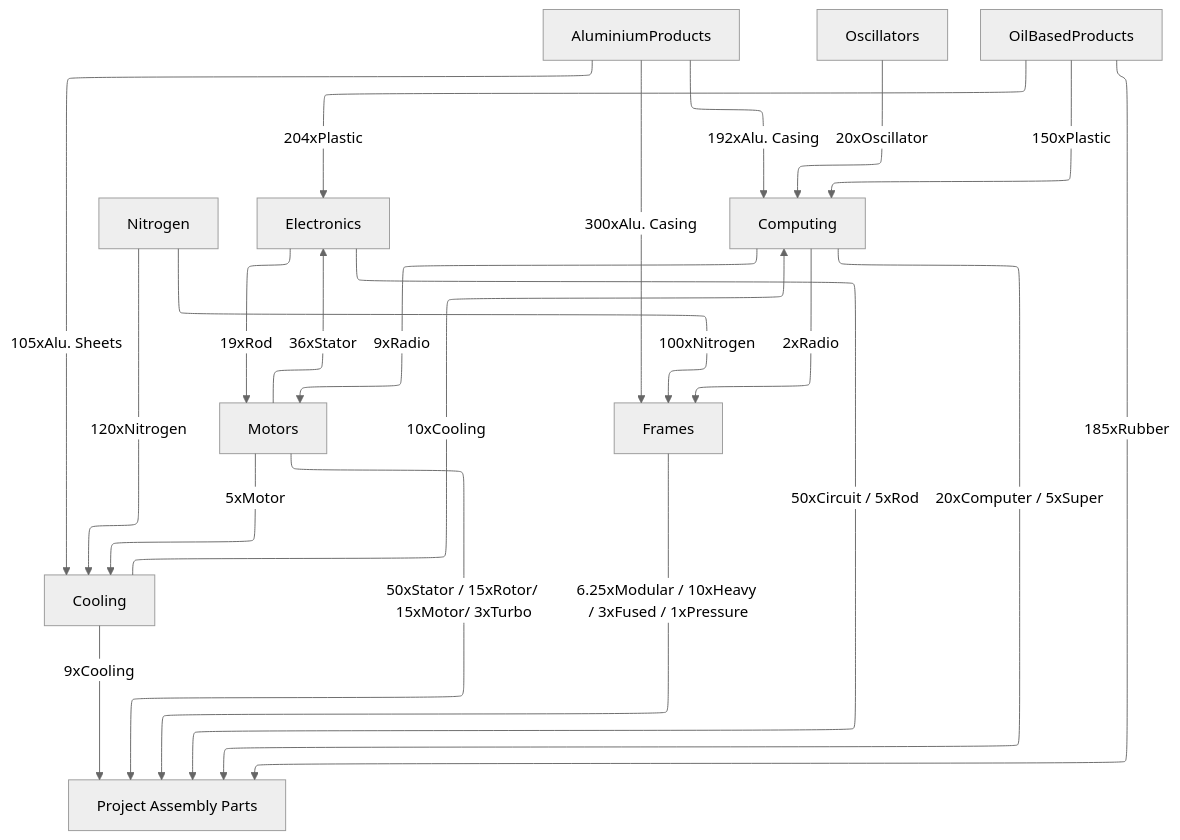
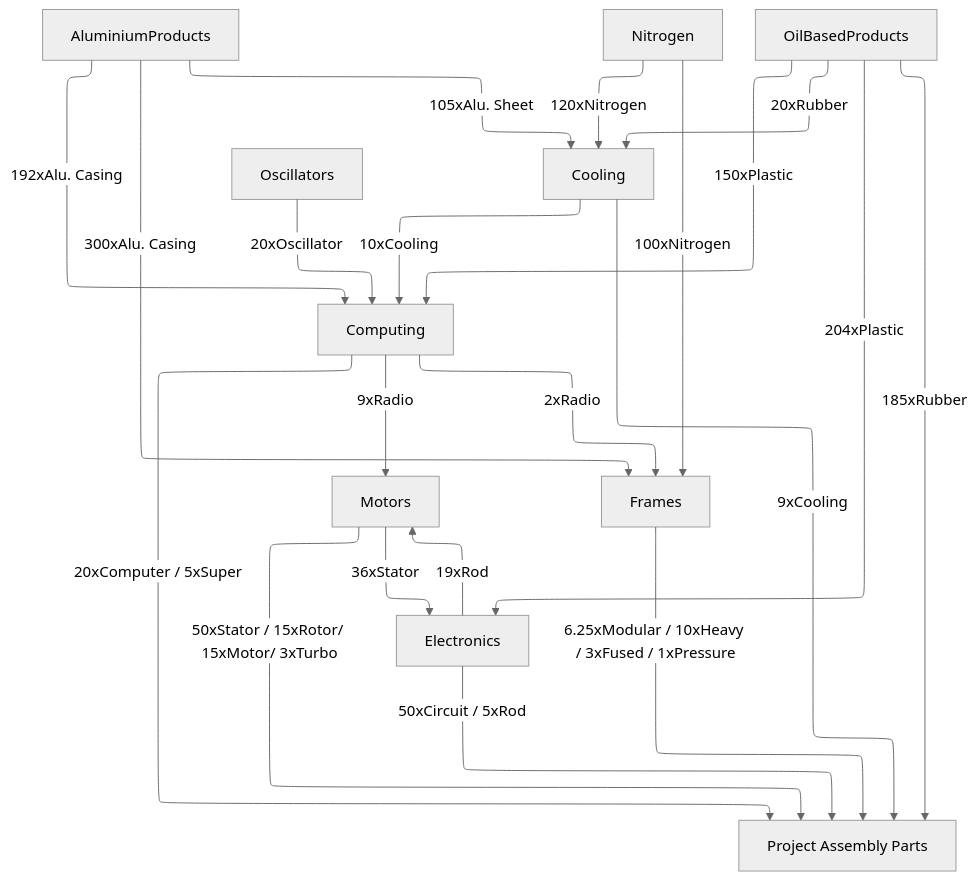
One commit to totobest/satis-master-plan changed the diagram in src/train_connections.mermaid. Above: the diagram before and after it, drawn with Mermaid (neutral theme). The commit also changed 2 other files, not shown here.

```diff
--- a/src/train_connections.mermaid
+++ b/src/train_connections.mermaid
@@ -1,45 +1,45 @@
 ---
 config:
   layout: elk
 ---
 
 flowchart TD
 
     AluminiumProducts
 
     Oscillators
 
     Nitrogen
 
 
     Electronics -- 19xRod --> Motors
     Computing -- 9xRadio --> Motors
     Motors
 
     AluminiumProducts -- 300xAlu. Casing --> Frames
     Computing -- 2xRadio --> Frames
     Nitrogen -- 100xNitrogen --> Frames
     Frames
 
     OilBasedProducts -- 204xPlastic --> Electronics
     Motors -- 36xStator --> Electronics
     Electronics
 
-    AluminiumProducts -- 105xAlu. Sheets --> Cooling
-    Motors -- 5xMotor --> Cooling
+    AluminiumProducts -- 105xAlu. Sheet --> Cooling
+    OilBasedProducts -- 20xRubber --> Cooling
     Nitrogen -- 120xNitrogen --> Cooling
     Cooling
 
     OilBasedProducts -- 150xPlastic --> Computing
     Oscillators -- 20xOscillator --> Computing
     AluminiumProducts -- 192xAlu. Casing --> Computing
     Cooling -- 10xCooling--> Computing
     Computing
 
     OilBasedProducts -- 185xRubber --> ProjectAssembly
     Motors -- 50xStator / 15xRotor/ 15xMotor/ 3xTurbo --> ProjectAssembly
     Frames -- 6.25xModular / 10xHeavy / 3xFused / 1xPressure --> ProjectAssembly
     Electronics -- 50xCircuit / 5xRod --> ProjectAssembly
     Cooling -- 9xCooling--> ProjectAssembly
     Computing -- 20xComputer / 5xSuper --> ProjectAssembly
     ProjectAssembly["Project Assembly Parts"]
```
